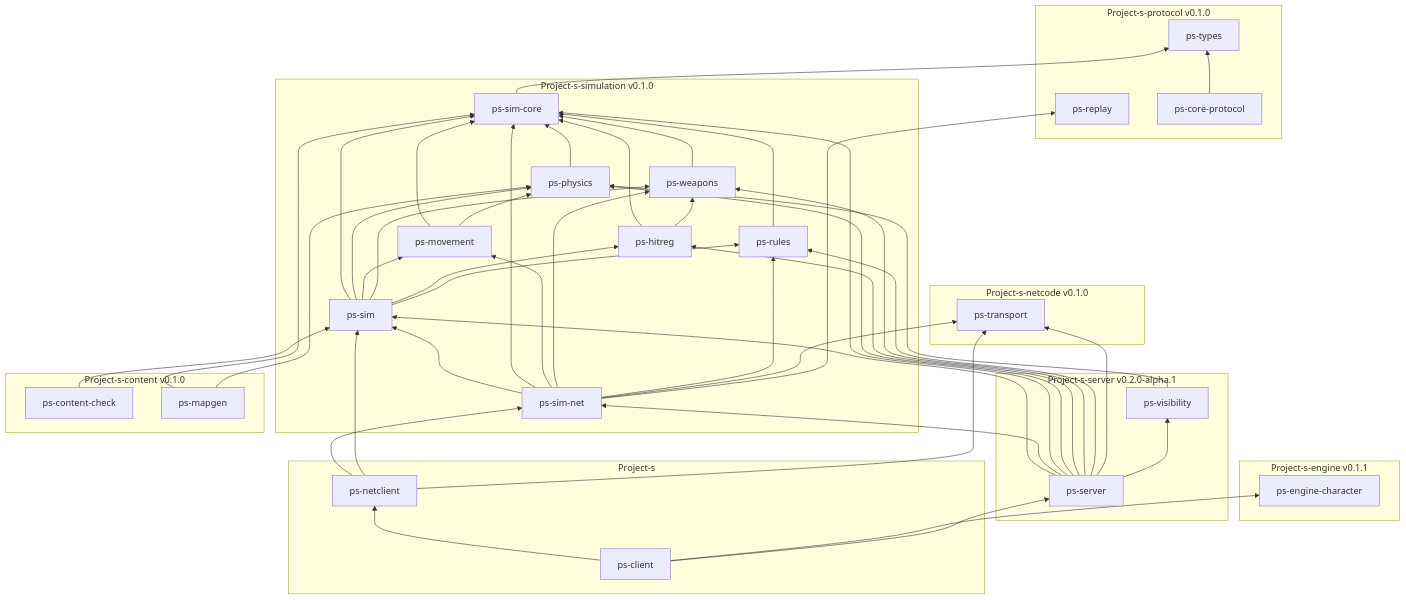
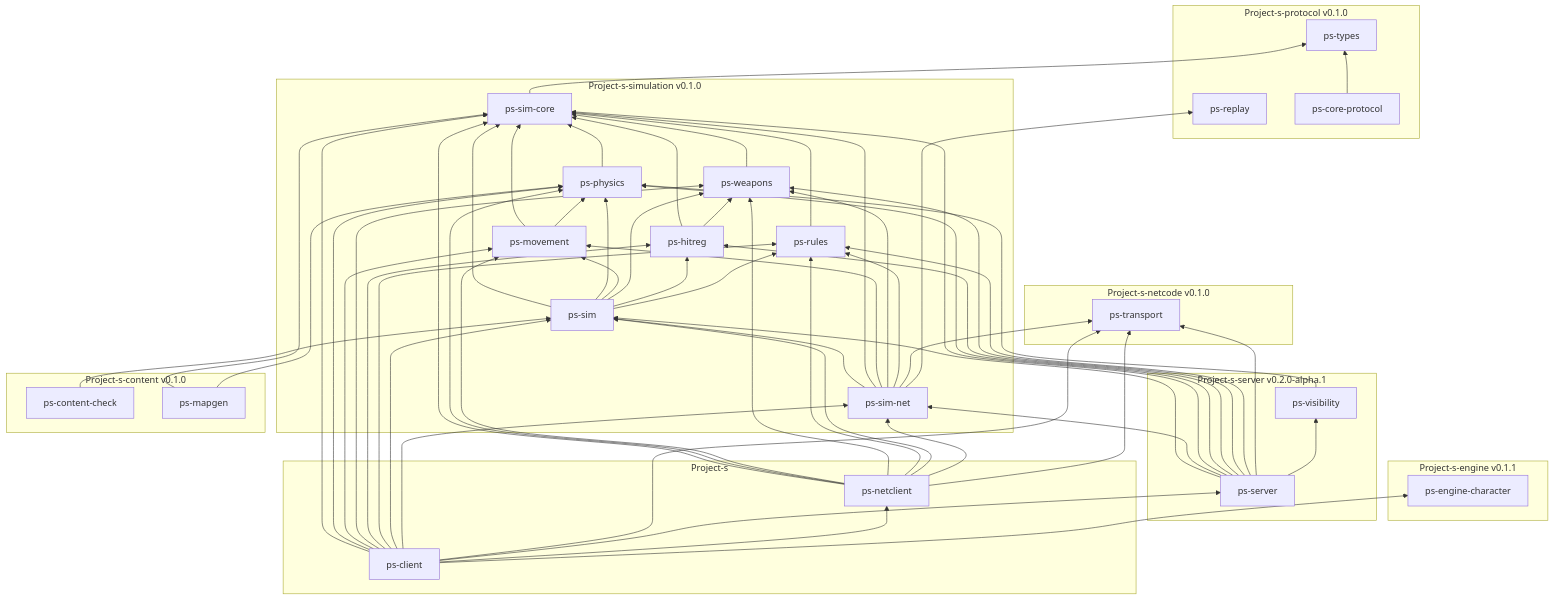
Before and after one commit to SforSkill/Project-s-docs: the first of 2 diagrams in DEPENDENCY_GRAPH.md, drawn with Mermaid. The commit also changed other lines of this file and 3 other files, not shown here.

Commit message:
docs: rapport de validation, graphe du client et état des dépôts privés

````diff
--- a/DEPENDENCY_GRAPH.md
+++ b/DEPENDENCY_GRAPH.md
@@ -11,52 +11,52 @@
 ```mermaid
 flowchart BT
   subgraph protocol[Project-s-protocol v0.1.0]
     types[ps-types]
     replay[ps-replay]
     coreproto[ps-core-protocol]
   end
   subgraph netcode[Project-s-netcode v0.1.0]
     transport[ps-transport]
   end
   subgraph simulation[Project-s-simulation v0.1.0]
     simcore[ps-sim-core]
     physics[ps-physics]
     movement[ps-movement]
     weapons[ps-weapons]
     hitreg[ps-hitreg]
     rules[ps-rules]
     sim[ps-sim]
     simnet[ps-sim-net]
   end
   subgraph engine[Project-s-engine v0.1.1]
     character[ps-engine-character]
   end
   subgraph server[Project-s-server v0.2.0-alpha.1]
     visibility[ps-visibility]
     srv[ps-server]
   end
   subgraph content[Project-s-content v0.1.0]
     check[ps-content-check]
     mapgen[ps-mapgen]
   end
   subgraph client[Project-s]
     netclient[ps-netclient]
     gameclient[ps-client]
   end
 
   coreproto --> types
   simcore --> types
   physics --> simcore
   movement --> simcore & physics
   weapons --> simcore
   hitreg --> simcore & weapons
   rules --> simcore
   sim --> simcore & physics & movement & weapons & hitreg & rules
   simnet --> sim & simcore & movement & weapons & rules & transport & replay
   visibility --> physics
   srv --> sim & simnet & simcore & physics & hitreg & weapons & rules & transport & visibility
   check --> sim
   mapgen --> simcore & physics
-  netclient --> simnet & sim & transport
-  gameclient --> netclient & character & srv
+  netclient --> simcore & physics & movement & weapons & rules & sim & simnet & transport
+  gameclient --> simcore & physics & movement & weapons & hitreg & rules & sim & simnet & transport & srv & netclient & character
 ```
````
